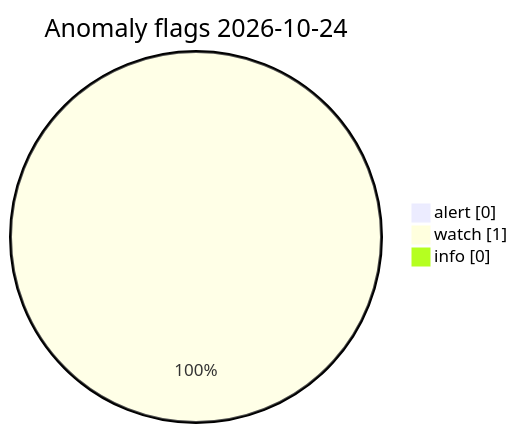
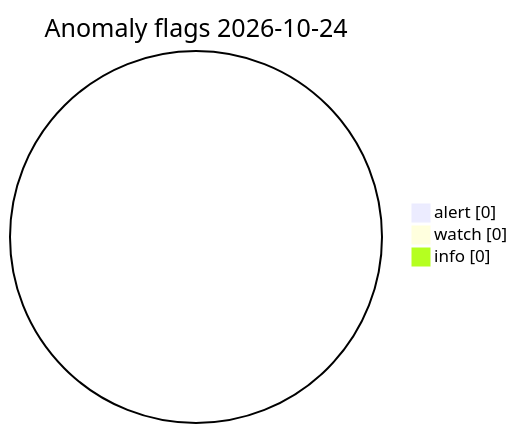
Before and after one commit to Midwest-Stratospheric/Unified-Open-Global-Weather: the diagram in visuals/latest/CHARTS.md, drawn with Mermaid. The commit also changed other lines of this file and 13 other files, not shown here.

Commit message:
data(visuals): automated charts 2026-10-24T13:27Z

````diff
--- a/visuals/latest/CHARTS.md
+++ b/visuals/latest/CHARTS.md
@@ -73,7 +73,7 @@
 ```mermaid
 pie showData
   title Anomaly flags 2026-10-24
   "alert" : 0
-  "watch" : 1
+  "watch" : 0
   "info" : 0
 ```
````
